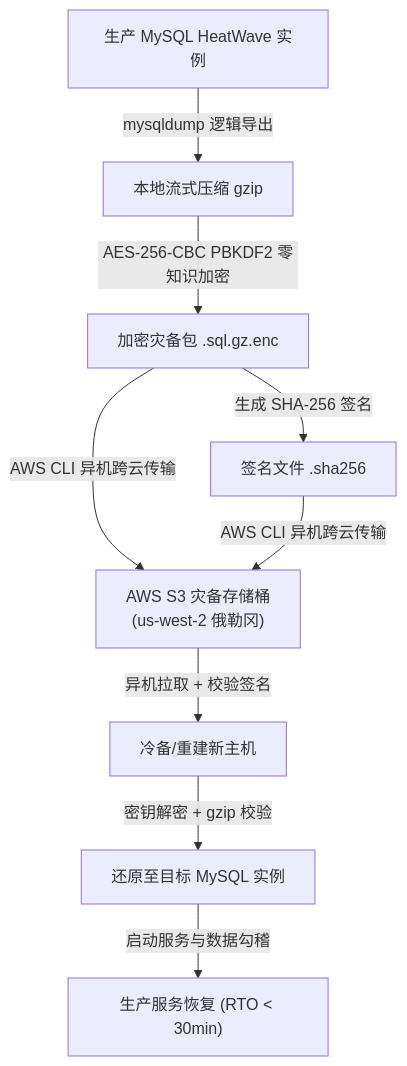
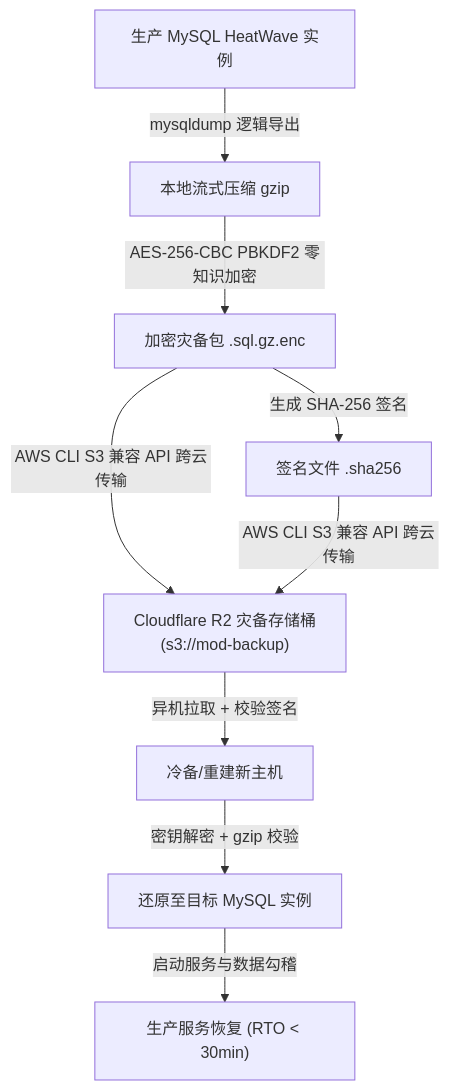
The diagram in docs/runbooks/DISASTER-RECOVERY-RUNBOOK.md (7893/mod), drawn with Mermaid before and after one commit. The commit also changed other lines of this file and 5 other files, not shown here.

````diff
--- a/docs/runbooks/DISASTER-RECOVERY-RUNBOOK.md
+++ b/docs/runbooks/DISASTER-RECOVERY-RUNBOOK.md
@@ -12,11 +12,11 @@
 ```mermaid
 flowchart TD
     A["生产 MySQL HeatWave 实例"] -->|mysqldump 逻辑导出| B["本地流式压缩 gzip"]
     B -->|AES-256-CBC PBKDF2 零知识加密| C["加密灾备包 .sql.gz.enc"]
     C -->|生成 SHA-256 签名| D["签名文件 .sha256"]
-    C -->|AWS CLI 异机跨云传输| E["AWS S3 灾备存储桶<br/>(us-west-2 俄勒冈)"]
-    D -->|AWS CLI 异机跨云传输| E
+    C -->|AWS CLI S3 兼容 API 跨云传输| E["Cloudflare R2 灾备存储桶<br/>(s3://mod-backup)"]
+    D -->|AWS CLI S3 兼容 API 跨云传输| E
     E -->|异机拉取 + 校验签名| F["冷备/重建新主机"]
     F -->|密钥解密 + gzip 校验| G["还原至目标 MySQL 实例"]
     G -->|启动服务与数据勾稽| H["生产服务恢复 (RTO &lt; 30min)"]
 ```
````
